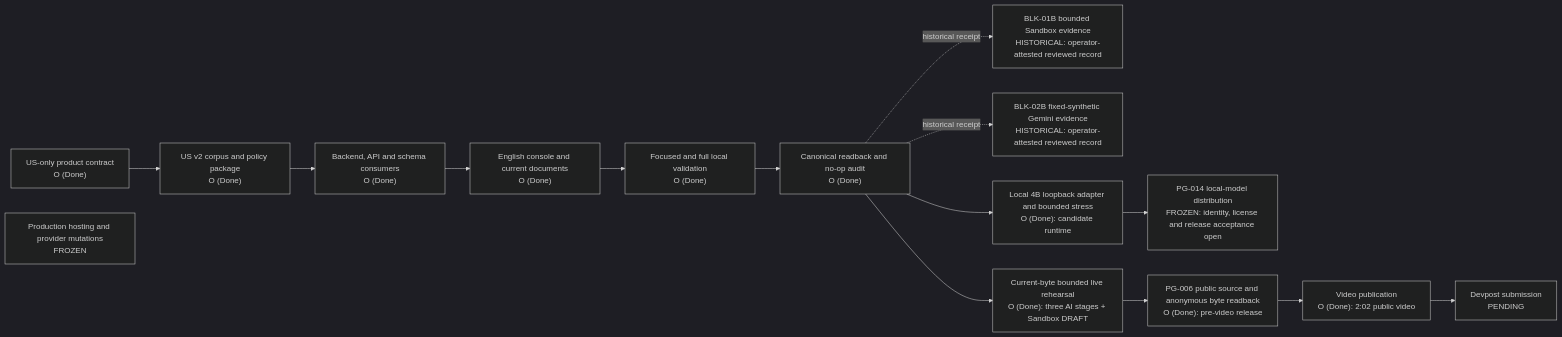
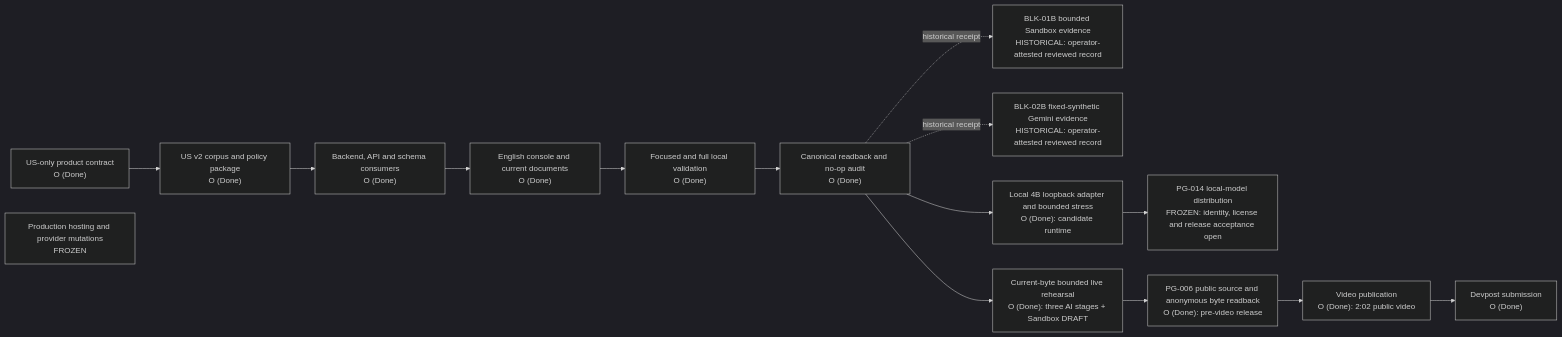
One commit to jiarong0423/payguard-ai changed the first of 3 diagrams in docs/decisions/2026Q4/architecture.md. Above: the diagram before and after it, drawn with Mermaid (dark theme). The commit also changed other lines of this file and 10 other files, not shown here.

````diff
--- a/docs/decisions/2026Q4/architecture.md
+++ b/docs/decisions/2026Q4/architecture.md
@@ -24,17 +24,17 @@
 ```mermaid
 flowchart LR
   A["US-only product contract<br/>O (Done)"] --> B["US v2 corpus and policy package<br/>O (Done)"]
   B --> C["Backend, API and schema consumers<br/>O (Done)"]
   C --> D["English console and current documents<br/>O (Done)"]
   D --> E["Focused and full local validation<br/>O (Done)"]
   E --> F["Canonical readback and no-op audit<br/>O (Done)"]
   F -. historical receipt .-> G["BLK-01B bounded Sandbox evidence<br/>HISTORICAL: operator-attested reviewed record"]
   F -. historical receipt .-> H["BLK-02B fixed-synthetic Gemini evidence<br/>HISTORICAL: operator-attested reviewed record"]
   F --> K["Local 4B loopback adapter and bounded stress<br/>O (Done): candidate runtime"]
   K --> L["PG-014 local-model distribution<br/>FROZEN: identity, license and release acceptance open"]
   F --> N["Current-byte bounded live rehearsal<br/>O (Done): three AI stages + Sandbox DRAFT"]
   N --> I["PG-006 public source and anonymous byte readback<br/>O (Done): pre-video release"]
   I --> M["Video publication<br/>O (Done): 2:02 public video"]
-  M --> P["Devpost submission<br/>PENDING"]
+  M --> P["Devpost submission<br/>O (Done)"]
   J["Production hosting and provider mutations<br/>FROZEN"]
 ```
````
